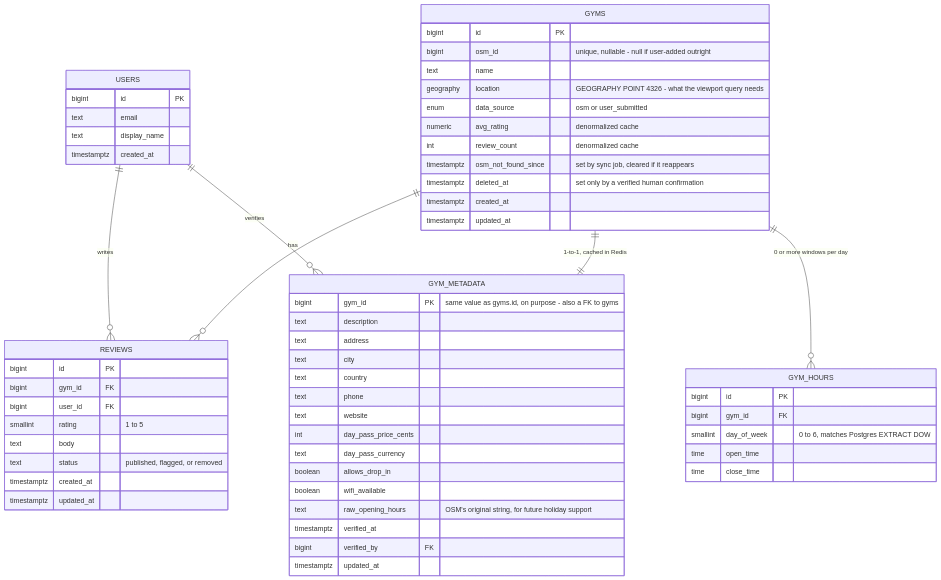
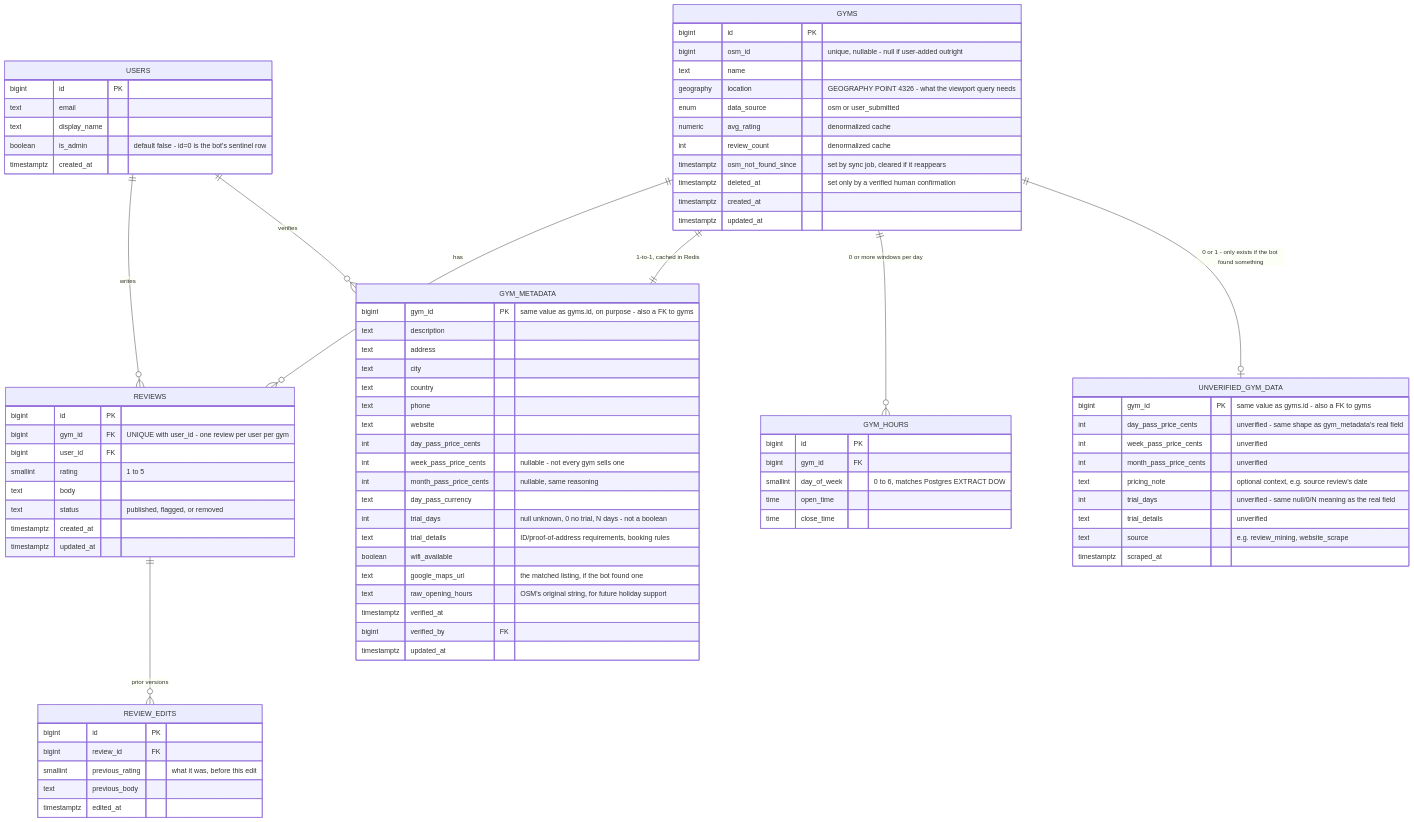
Before and after one commit to AbsentLung/TravelApp: the first of 3 diagrams in Plan.md, drawn with Mermaid. The commit also changed other lines of this file and 33 other files, not shown here.

````diff
--- a/Plan.md
+++ b/Plan.md
@@ -262,6 +280,7 @@
         bigint id PK
         text email
         text display_name
+        boolean is_admin "default false - id=0 is the bot's sentinel row"
         timestamptz created_at
     }
 
@@ -288,9 +307,13 @@
         text phone
         text website
         int day_pass_price_cents
+        int week_pass_price_cents "nullable - not every gym sells one"
+        int month_pass_price_cents "nullable, same reasoning"
         text day_pass_currency
-        boolean allows_drop_in
+        int trial_days "null unknown, 0 no trial, N days - not a boolean"
+        text trial_details "ID/proof-of-address requirements, booking rules"
         boolean wifi_available
+        text google_maps_url "the matched listing, if the bot found one"
         text raw_opening_hours "OSM's original string, for future holiday support"
         timestamptz verified_at
         bigint verified_by FK
@@ -305,9 +328,21 @@
         time close_time
     }
 
+    UNVERIFIED_GYM_DATA {
+        bigint gym_id PK "same value as gyms.id - also a FK to gyms"
+        int day_pass_price_cents "unverified - same shape as gym_metadata's real field"
+        int week_pass_price_cents "unverified"
+        int month_pass_price_cents "unverified"
+        text pricing_note "optional context, e.g. source review's date"
+        int trial_days "unverified - same null/0/N meaning as the real field"
+        text trial_details "unverified"
+        text source "e.g. review_mining, website_scrape"
+        timestamptz scraped_at
+    }
+
     REVIEWS {
         bigint id PK
-        bigint gym_id FK
+        bigint gym_id FK "UNIQUE with user_id - one review per user per gym"
         bigint user_id FK
         smallint rating "1 to 5"
         text body
@@ -316,9 +351,19 @@
         timestamptz updated_at
     }
 
+    REVIEW_EDITS {
+        bigint id PK
+        bigint review_id FK
+        smallint previous_rating "what it was, before this edit"
+        text previous_body
+        timestamptz edited_at
+    }
+
     USERS ||--o{ REVIEWS : writes
     GYMS ||--o{ REVIEWS : has
+    REVIEWS ||--o{ REVIEW_EDITS : "prior versions"
     USERS ||--o{ GYM_METADATA : verifies
     GYMS ||--|| GYM_METADATA : "1-to-1, cached in Redis"
     GYMS ||--o{ GYM_HOURS : "0 or more windows per day"
+    GYMS ||--o| UNVERIFIED_GYM_DATA : "0 or 1 - only exists if the bot found something"
 ```
````
